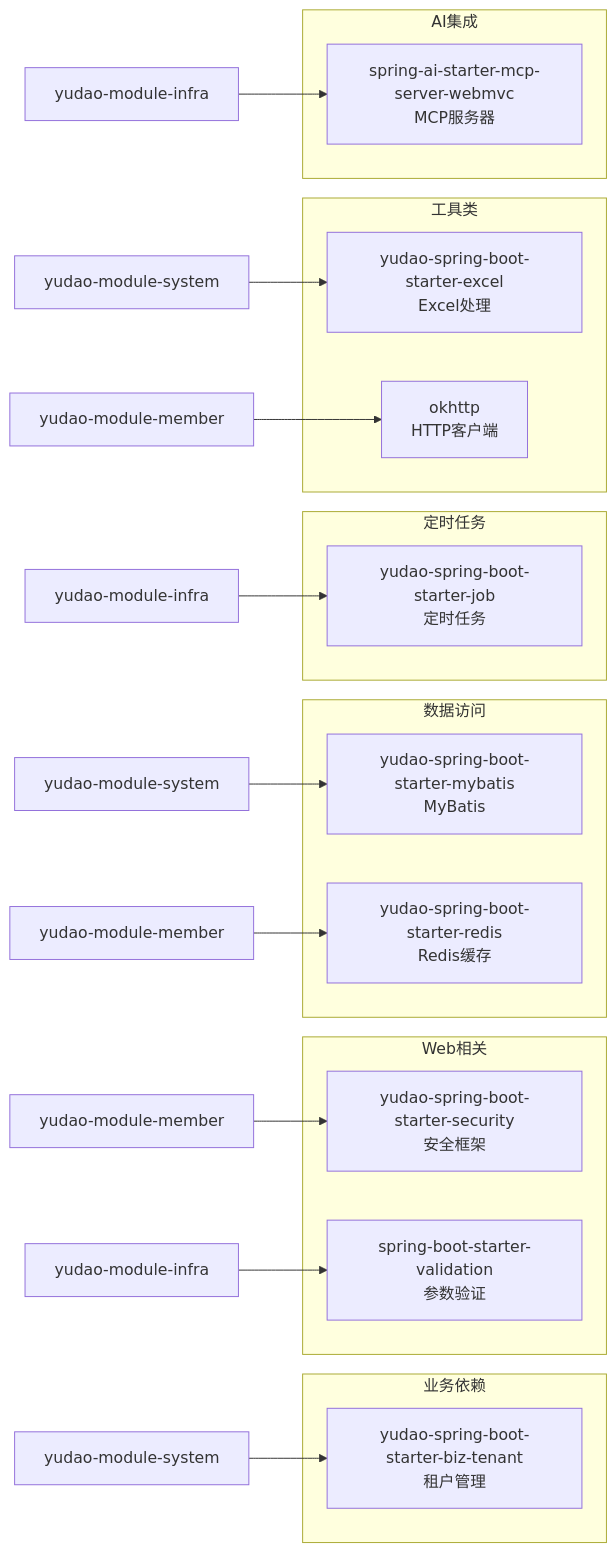
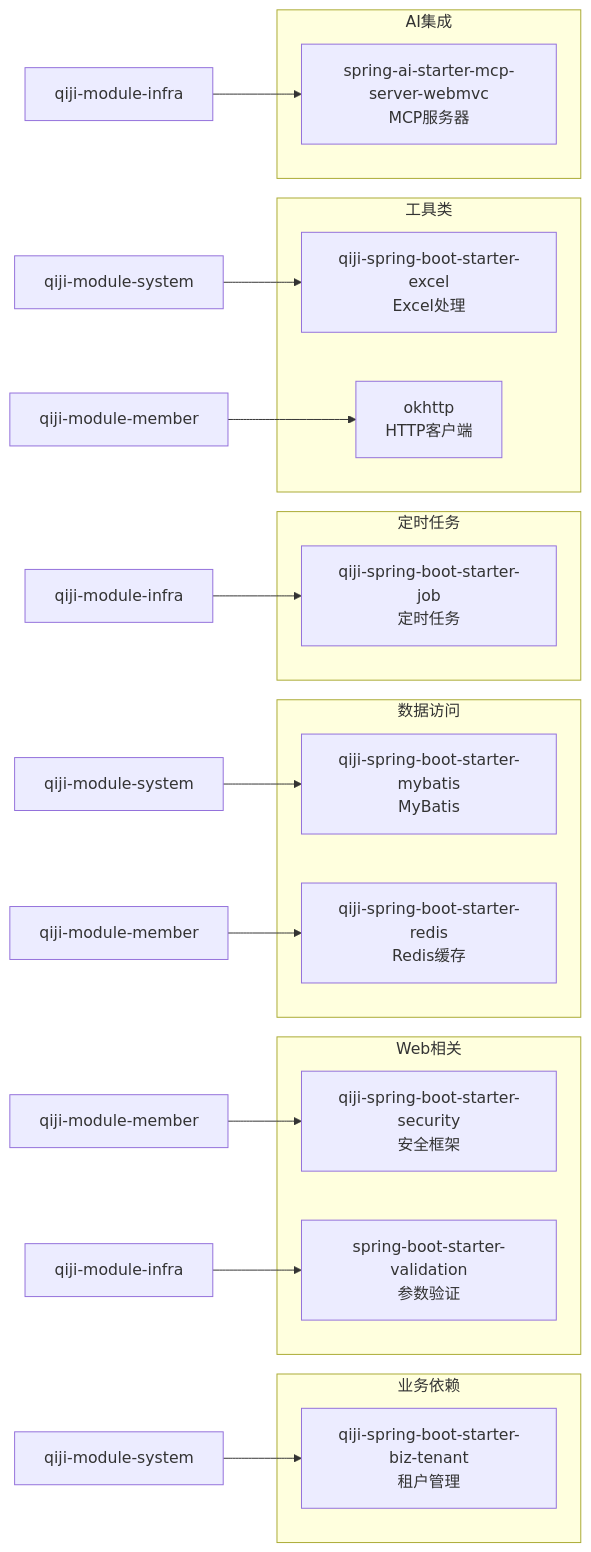
One commit to zhuangpengLI/AgenticCPS changed the third of 9 diagrams in backend/.qoder/repowiki/zh/content/核心业务模块/CPS联盟返利模块/CPS模块库依赖说明.md. Above: the diagram before and after it, drawn with Mermaid. The commit also changed other lines of this file and 3489 other files, not shown here.

````diff
--- a/backend/.qoder/repowiki/zh/content/核心业务模块/CPS联盟返利模块/CPS模块库依赖说明.md
+++ b/backend/.qoder/repowiki/zh/content/核心业务模块/CPS联盟返利模块/CPS模块库依赖说明.md
@@ -93,33 +93,33 @@
 ```mermaid
 graph LR
 subgraph "业务依赖"
-A[yudao-spring-boot-starter-biz-tenant<br/>租户管理]
+A[qiji-spring-boot-starter-biz-tenant<br/>租户管理]
 end
 subgraph "Web相关"
-B[yudao-spring-boot-starter-security<br/>安全框架]
+B[qiji-spring-boot-starter-security<br/>安全框架]
 C[spring-boot-starter-validation<br/>参数验证]
 end
 subgraph "数据访问"
-D[yudao-spring-boot-starter-mybatis<br/>MyBatis]
-E[yudao-spring-boot-starter-redis<br/>Redis缓存]
+D[qiji-spring-boot-starter-mybatis<br/>MyBatis]
+E[qiji-spring-boot-starter-redis<br/>Redis缓存]
 end
 subgraph "定时任务"
-F[yudao-spring-boot-starter-job<br/>定时任务]
+F[qiji-spring-boot-starter-job<br/>定时任务]
 end
 subgraph "工具类"
-G[yudao-spring-boot-starter-excel<br/>Excel处理]
+G[qiji-spring-boot-starter-excel<br/>Excel处理]
 H[okhttp<br/>HTTP客户端]
 end
 subgraph "AI集成"
 I[spring-ai-starter-mcp-server-webmvc<br/>MCP服务器]
 end
-J[yudao-module-system] --> A
-K[yudao-module-member] --> B
-L[yudao-module-infra] --> C
-M[yudao-module-system] --> D
-N[yudao-module-member] --> E
-O[yudao-module-infra] --> F
-P[yudao-module-system] --> G
-Q[yudao-module-member] --> H
-R[yudao-module-infra] --> I
+J[qiji-module-system] --> A
+K[qiji-module-member] --> B
+L[qiji-module-infra] --> C
+M[qiji-module-system] --> D
+N[qiji-module-member] --> E
+O[qiji-module-infra] --> F
+P[qiji-module-system] --> G
+Q[qiji-module-member] --> H
+R[qiji-module-infra] --> I
 ```
````
